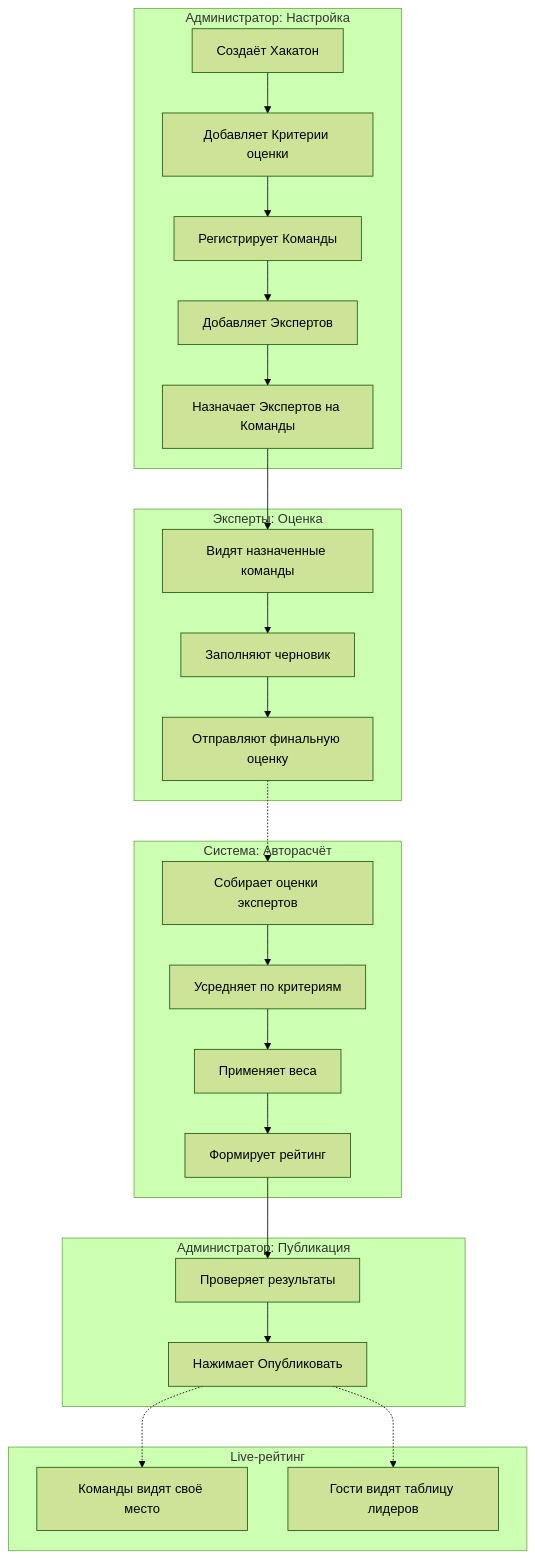
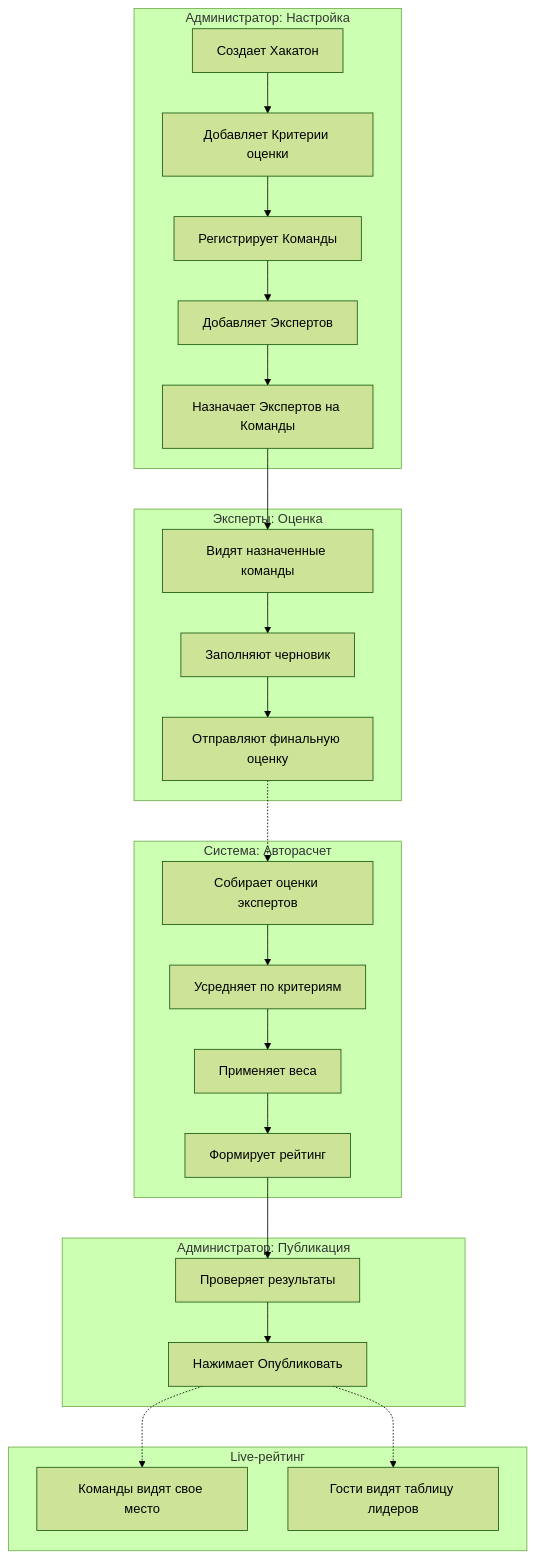
The second of 2 diagrams in README.md (Kulikova-A18/The_Last_Siberia_TulaHack-2026), drawn with Mermaid (forest theme) before and after one commit. The commit also changed other lines of this file and 2 other files, not shown here.

````diff
--- a/README.md
+++ b/README.md
@@ -61,54 +77,54 @@
 ```mermaid
 flowchart TD
     subgraph Admin_Setup ["Администратор: Настройка"]
-        A1[Создаёт Хакатон]
+        A1[Создает Хакатон]
         A2[Добавляет Критерии оценки]
         A3[Регистрирует Команды]
         A4[Добавляет Экспертов]
         A5[Назначает Экспертов на Команды]
 
         A1 --> A2
         A2 --> A3
         A3 --> A4
         A4 --> A5
     end
 
     subgraph Expert_Eval ["Эксперты: Оценка"]
         E1[Видят назначенные команды]
         E2[Заполняют черновик]
         E3[Отправляют финальную оценку]
 
         E1 --> E2
         E2 --> E3
     end
 
-    subgraph System_Calc ["Система: Авторасчёт"]
+    subgraph System_Calc ["Система: Авторасчет"]
         S1[Собирает оценки экспертов]
         S2[Усредняет по критериям]
         S3[Применяет веса]
         S4[Формирует рейтинг]
 
         E3 -.-> S1
         S1 --> S2
         S2 --> S3
         S3 --> S4
     end
 
     subgraph Admin_Publish ["Администратор: Публикация"]
         P1[Проверяет результаты]
         P2[Нажимает Опубликовать]
 
         S4 --> P1
         P1 --> P2
     end
 
     subgraph Live_View ["Live-рейтинг"]
-        L1[Команды видят своё место]
+        L1[Команды видят свое место]
         L2[Гости видят таблицу лидеров]
 
         P2 -.-> L1
         P2 -.-> L2
     end
 
     A5 --> E1
 ```
````
